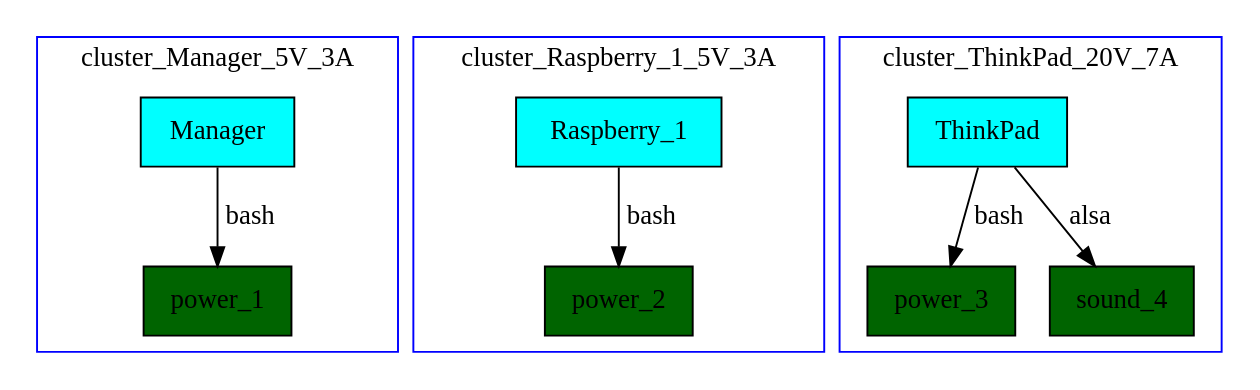
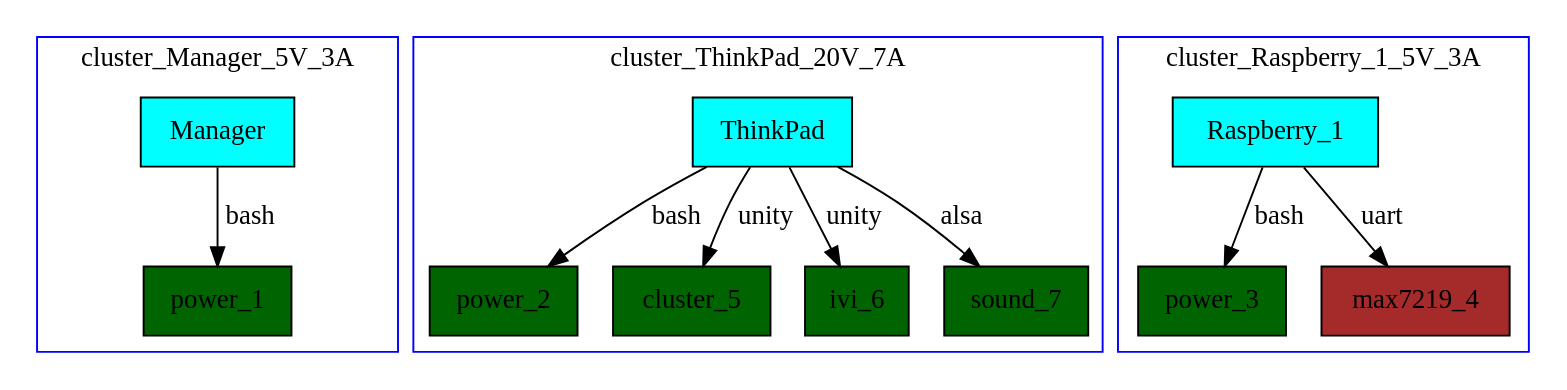
Before and after one commit to YvesCousteau/ProtoCom: the diagram in manager/client/src/assets/diagram.gv, drawn with Graphviz. The commit also changed 5 other files, not shown here.

```diff
--- a/manager/client/src/assets/diagram.gv
+++ b/manager/client/src/assets/diagram.gv
@@ -1,27 +1,45 @@
 digraph G {
 	node [shape=record]
 	subgraph clusterManager {
 		color=blue label=cluster_Manager_5V_3A
 		Manager [fillcolor=cyan style=filled]
 		power_1 [fillcolor=darkgreen style=filled]
 		Manager -> power_1 [label=bash len=2.0]
 	}
+	subgraph clusterThinkPad {
+		color=blue label=cluster_ThinkPad_20V_7A
+		ThinkPad [fillcolor=cyan style=filled]
+		power_2 [fillcolor=darkgreen style=filled]
+		ThinkPad -> power_2 [label=bash len=2.0]
+	}
 	subgraph clusterRaspberry_1 {
 		color=blue label=cluster_Raspberry_1_5V_3A
 		Raspberry_1 [fillcolor=cyan style=filled]
-		power_2 [fillcolor=darkgreen style=filled]
-		Raspberry_1 -> power_2 [label=bash len=2.0]
+		power_3 [fillcolor=darkgreen style=filled]
+		Raspberry_1 -> power_3 [label=bash len=2.0]
+	}
+	subgraph clusterRaspberry_1 {
+		color=blue label=cluster_Raspberry_1_5V_3A
+		Raspberry_1 [fillcolor=cyan style=filled]
+		max7219_4 [fillcolor=brown style=filled]
+		Raspberry_1 -> max7219_4 [label=uart len=2.0]
 	}
 	subgraph clusterThinkPad {
 		color=blue label=cluster_ThinkPad_20V_7A
 		ThinkPad [fillcolor=cyan style=filled]
-		power_3 [fillcolor=darkgreen style=filled]
-		ThinkPad -> power_3 [label=bash len=2.0]
+		cluster_5 [fillcolor=darkgreen style=filled]
+		ThinkPad -> cluster_5 [label=unity len=2.0]
 	}
 	subgraph clusterThinkPad {
 		color=blue label=cluster_ThinkPad_20V_7A
 		ThinkPad [fillcolor=cyan style=filled]
-		sound_4 [fillcolor=darkgreen style=filled]
-		ThinkPad -> sound_4 [label=alsa len=2.0]
+		ivi_6 [fillcolor=darkgreen style=filled]
+		ThinkPad -> ivi_6 [label=unity len=2.0]
+	}
+	subgraph clusterThinkPad {
+		color=blue label=cluster_ThinkPad_20V_7A
+		ThinkPad [fillcolor=cyan style=filled]
+		sound_7 [fillcolor=darkgreen style=filled]
+		ThinkPad -> sound_7 [label=alsa len=2.0]
 	}
 }
```
